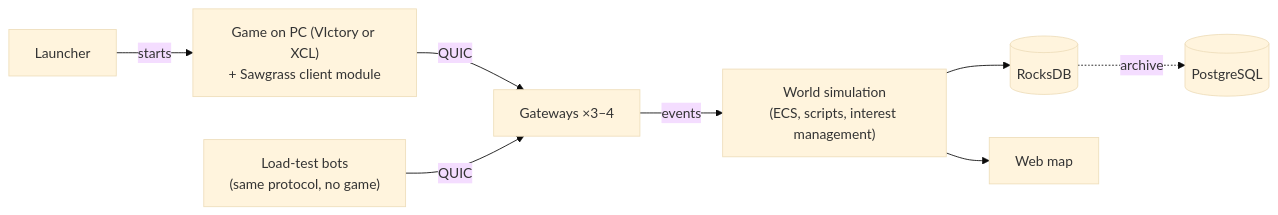
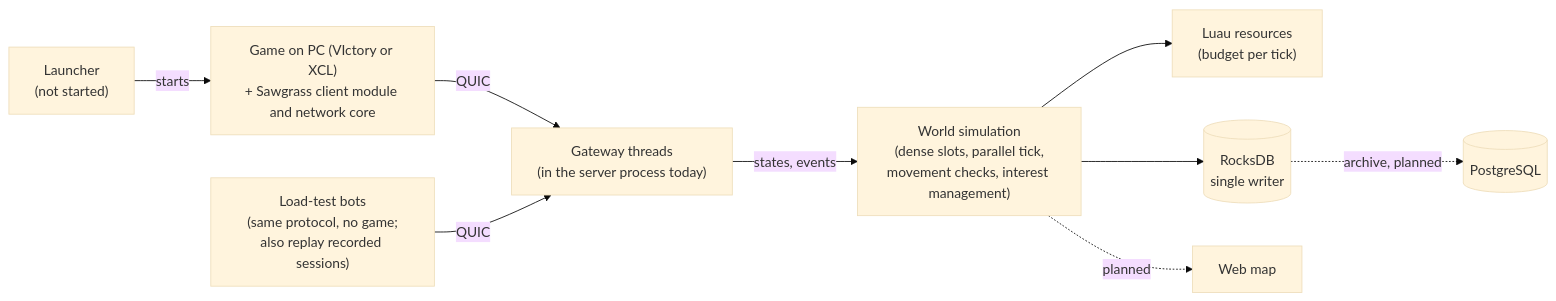
The diagram in README.md (sawgrass-mp/sawgrass), drawn with Mermaid (base theme) before and after one commit. The commit also changed other lines of this file and 5 other files, not shown here.

````diff
--- a/README.md
+++ b/README.md
@@ -202,10 +208,11 @@
 ```mermaid
 flowchart LR
-    L[Launcher] -->|starts| G["Game on PC (VIctory or XCL)<br>+ Sawgrass client module"]
-    G -->|QUIC| GW["Gateways ×3–4"]
-    B["Load-test bots<br>(same protocol, no game)"] -->|QUIC| GW
-    GW -->|events| W["World simulation<br>(ECS, scripts, interest management)"]
-    W --> DB[(RocksDB)]
-    DB -.->|archive| PG[(PostgreSQL)]
-    W --> M[Web map]
+    L["Launcher<br>(not started)"] -->|starts| G["Game on PC (VIctory or XCL)<br>+ Sawgrass client module and network core"]
+    G -->|QUIC| GW["Gateway threads<br>(in the server process today)"]
+    B["Load-test bots<br>(same protocol, no game;<br>also replay recorded sessions)"] -->|QUIC| GW
+    GW -->|states, events| W["World simulation<br>(dense slots, parallel tick,<br>movement checks, interest management)"]
+    W --> S["Luau resources<br>(budget per tick)"]
+    W --> DB[("RocksDB<br>single writer")]
+    DB -.->|archive, planned| PG[(PostgreSQL)]
+    W -.->|planned| M[Web map]
 ```
````
